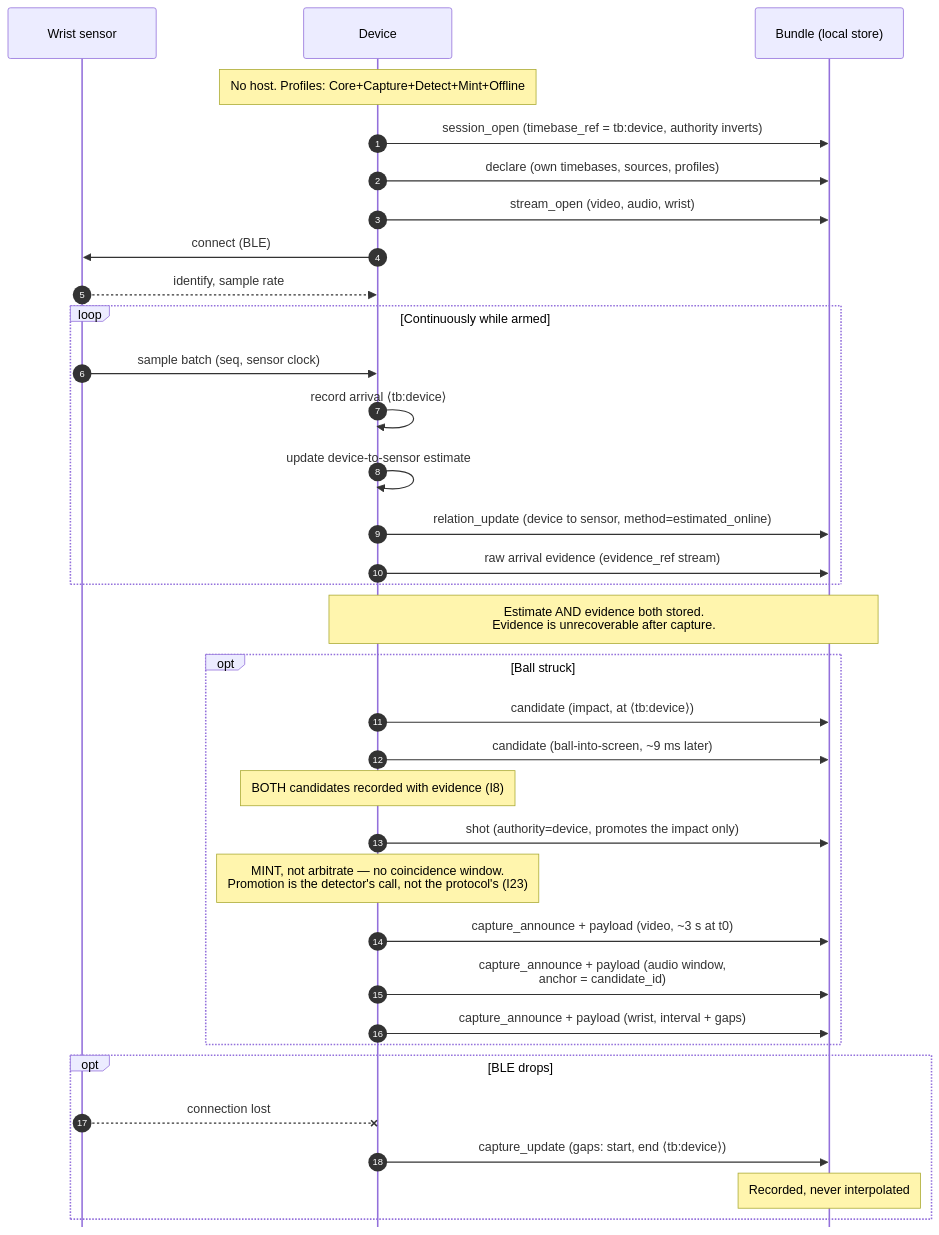
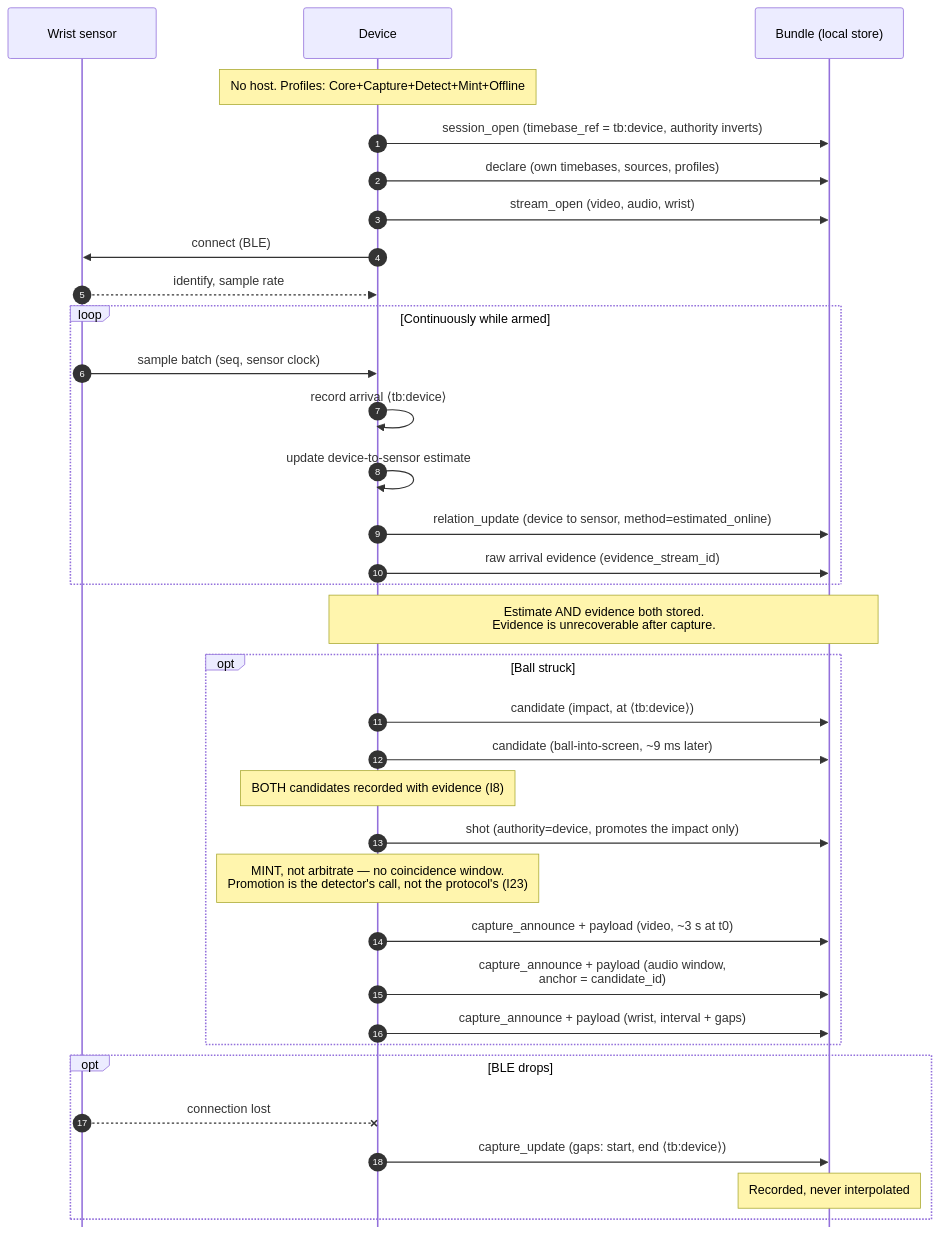
One commit to PinPoint-Golf/libppcp changed the sixth of 9 diagrams in docs/specification/ppcp-messages.md. Above: the diagram before and after it, drawn with Mermaid. The commit also changed other lines of this file and 9 other files, not shown here.

````diff
--- a/docs/specification/ppcp-messages.md
+++ b/docs/specification/ppcp-messages.md
@@ -901,44 +904,44 @@
 ```mermaid
 %%{init: {'theme':'default','themeVariables':{'fontSize':'17px','actorFontSize':'17px','messageFontSize':'16px','noteFontSize':'15px'},'sequence':{'useMaxWidth':false,'actorMargin':125,'width':190,'boxMargin':14,'noteMargin':14,'messageMargin':45,'mirrorActors':false,'wrap':false}}}%%
 sequenceDiagram
     autonumber
     participant W as Wrist sensor
     participant D as Device
     participant S as Bundle (local store)
 
     Note over D: No host. Profiles: Core+Capture+Detect+Mint+Offline
 
     D->>S: session_open (timebase_ref = tb:device, authority inverts)
     D->>S: declare (own timebases, sources, profiles)
     D->>S: stream_open (video, audio, wrist)
 
     D->>W: connect (BLE)
     W-->>D: identify, sample rate
 
     loop Continuously while armed
         W->>D: sample batch (seq, sensor clock)
         D->>D: record arrival ⟨tb:device⟩
         D->>D: update device-to-sensor estimate
         D->>S: relation_update (device to sensor, method=estimated_online)
-        D->>S: raw arrival evidence (evidence_ref stream)
+        D->>S: raw arrival evidence (evidence_stream_id)
     end
 
     Note over D,S: Estimate AND evidence both stored.<br/>Evidence is unrecoverable after capture.
 
     opt Ball struck
         D->>S: candidate (impact, at ⟨tb:device⟩)
         D->>S: candidate (ball-into-screen, ~9 ms later)
         Note over D: BOTH candidates recorded with evidence (I8)
         D->>S: shot (authority=device, promotes the impact only)
         Note over D: MINT, not arbitrate — no coincidence window.<br/>Promotion is the detector's call, not the protocol's (I23)
         D->>S: capture_announce + payload (video, ~3 s at t0)
         D->>S: capture_announce + payload (audio window,<br/>anchor = candidate_id)
         D->>S: capture_announce + payload (wrist, interval + gaps)
     end
 
     opt BLE drops
         W--xD: connection lost
         D->>S: capture_update (gaps: start, end ⟨tb:device⟩)
         Note over S: Recorded, never interpolated
     end
 ```
````
